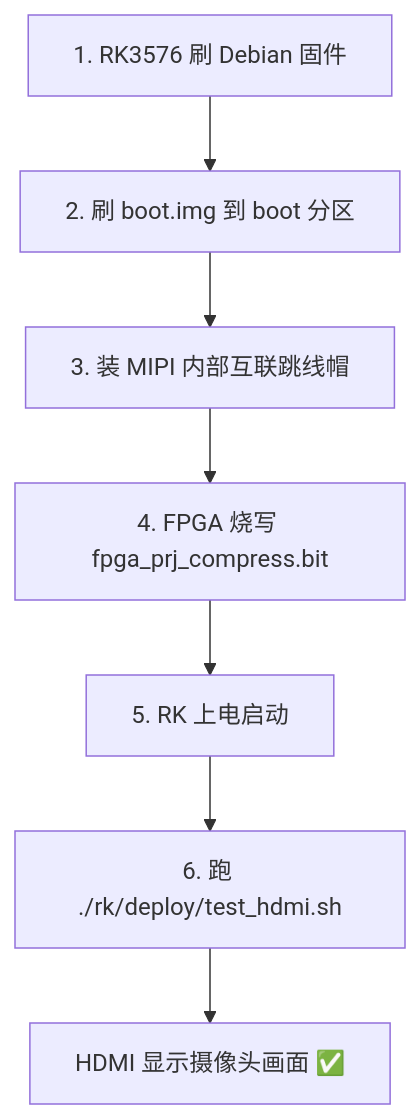
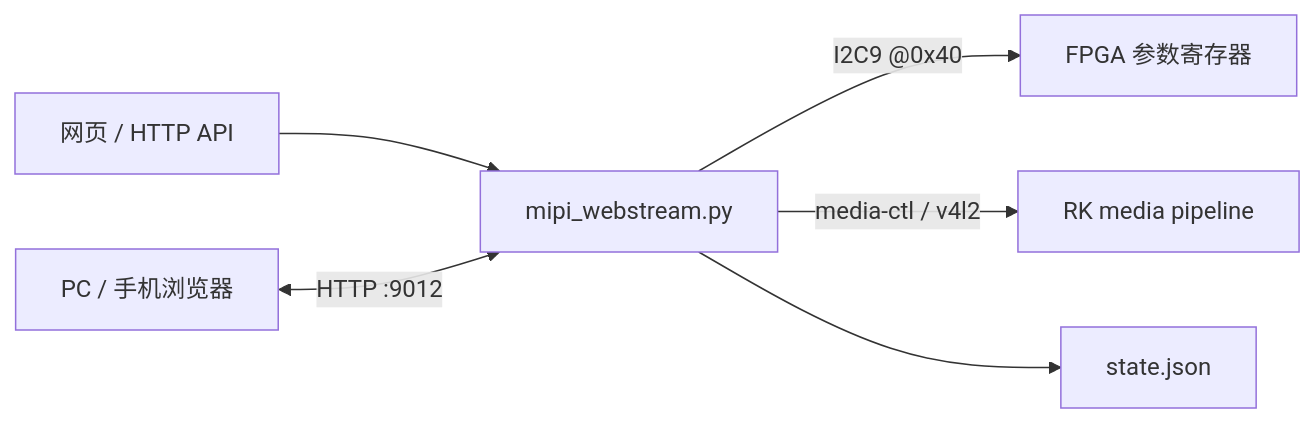
Before and after one commit to SHIKE888/CPA-Cloud-Patrol-Alarm: the second of 2 diagrams in README.md, drawn with Mermaid. The commit also changed other lines of this file, not shown here.

Commit message:
docs: 重写完整项目 README(架构/部署/功能/API/性能/排障/发布包说明)

````diff
--- a/README.md
+++ b/README.md
@@ -92,9 +115,8 @@
 ```mermaid
-flowchart TD
-    A["1. RK3576 刷 Debian 固件"] --> B["2. 刷 boot.img 到 boot 分区"]
-    B --> C["3. 装 MIPI 内部互联跳线帽"]
-    C --> D["4. FPGA 烧写 fpga_prj_compress.bit"]
-    D --> E["5. RK 上电启动"]
-    E --> F["6. 跑 ./rk/deploy/test_hdmi.sh"]
-    F --> G["HDMI 显示摄像头画面 ✅"]
+flowchart LR
+    WEB["网页 / HTTP API"] --> SVC["mipi_webstream.py"]
+    SVC -->|I2C9 @0x40| FPGA["FPGA 参数寄存器"]
+    SVC -->|media-ctl / v4l2| PIPE["RK media pipeline"]
+    SVC --> STATE["state.json"]
+    CLIENT["PC / 手机浏览器"] <-->|HTTP :9012| SVC
 ```
````
